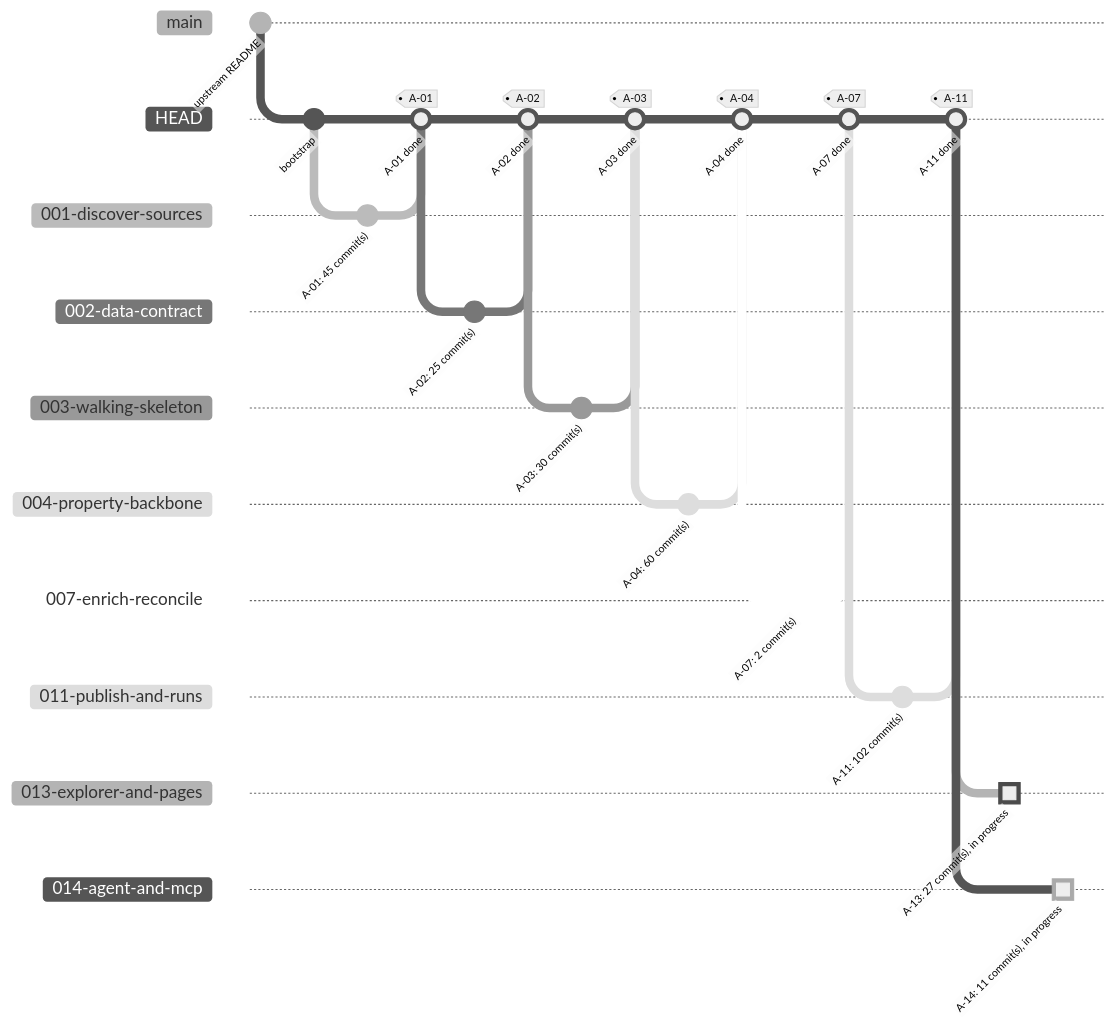
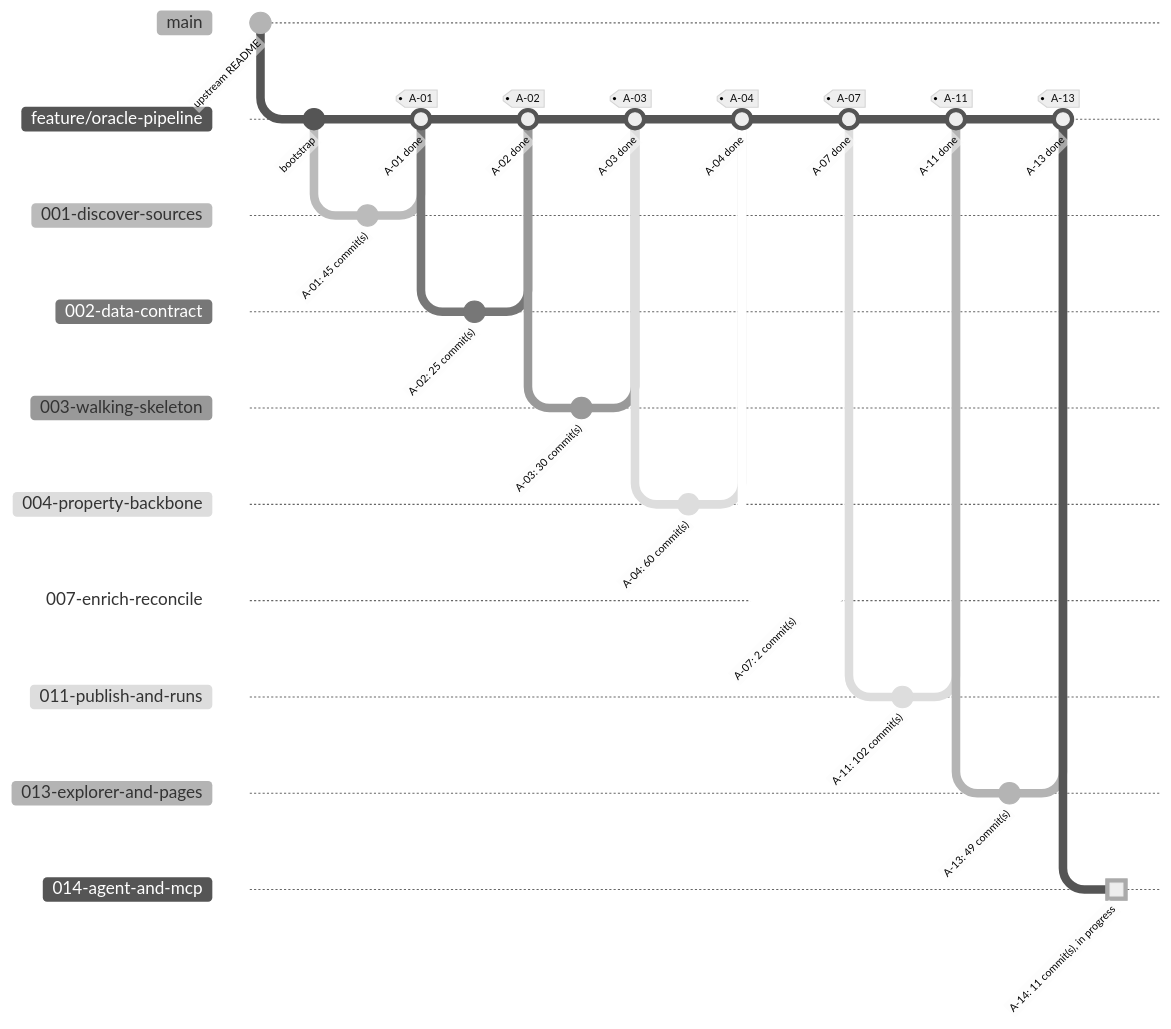
Before and after one commit to HebaGaber/oracle-property-intelligence-platform-pipeline-travis-tx: the second of 2 diagrams in docs/progress.md, drawn with Mermaid (neutral theme). The commit also changed other lines of this file and 2 other files, not shown here.

Commit message:
A-13: update progress; merge commit recorded in the evidence; status Done

````diff
--- a/docs/progress.md
+++ b/docs/progress.md
@@ -19,37 +19,38 @@
 ```mermaid
 %%{init: { 'gitGraph': { 'mainBranchName': 'main', 'showCommitLabel': true } } }%%
 gitGraph
   commit id: "upstream README"
-  branch "HEAD"
+  branch "feature/oracle-pipeline"
   commit id: "bootstrap"
   branch "001-discover-sources"
   commit id: "A-01: 45 commit(s)"
-  checkout "HEAD"
+  checkout "feature/oracle-pipeline"
   merge "001-discover-sources" id: "A-01 done" tag: "A-01"
   branch "002-data-contract"
   commit id: "A-02: 25 commit(s)"
-  checkout "HEAD"
+  checkout "feature/oracle-pipeline"
   merge "002-data-contract" id: "A-02 done" tag: "A-02"
   branch "003-walking-skeleton"
   commit id: "A-03: 30 commit(s)"
-  checkout "HEAD"
+  checkout "feature/oracle-pipeline"
   merge "003-walking-skeleton" id: "A-03 done" tag: "A-03"
   branch "004-property-backbone"
   commit id: "A-04: 60 commit(s)"
-  checkout "HEAD"
+  checkout "feature/oracle-pipeline"
   merge "004-property-backbone" id: "A-04 done" tag: "A-04"
   branch "007-enrich-reconcile"
   commit id: "A-07: 2 commit(s)"
-  checkout "HEAD"
+  checkout "feature/oracle-pipeline"
   merge "007-enrich-reconcile" id: "A-07 done" tag: "A-07"
   branch "011-publish-and-runs"
   commit id: "A-11: 102 commit(s)"
-  checkout "HEAD"
+  checkout "feature/oracle-pipeline"
   merge "011-publish-and-runs" id: "A-11 done" tag: "A-11"
   branch "013-explorer-and-pages"
-  commit id: "A-13: 27 commit(s), in progress" type: HIGHLIGHT
-  checkout "HEAD"
+  commit id: "A-13: 49 commit(s)"
+  checkout "feature/oracle-pipeline"
+  merge "013-explorer-and-pages" id: "A-13 done" tag: "A-13"
   branch "014-agent-and-mcp"
   commit id: "A-14: 11 commit(s), in progress" type: HIGHLIGHT
-  checkout "HEAD"
+  checkout "feature/oracle-pipeline"
 ```
````
